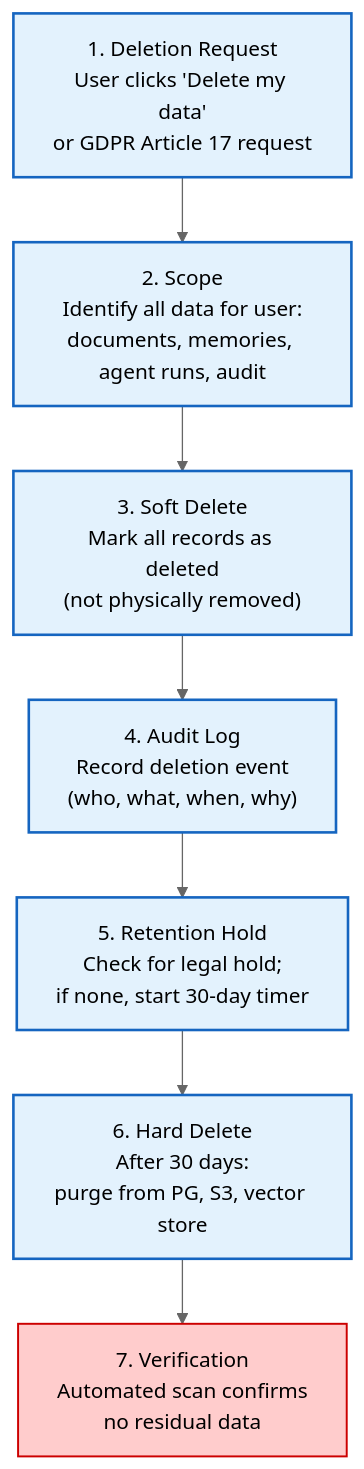
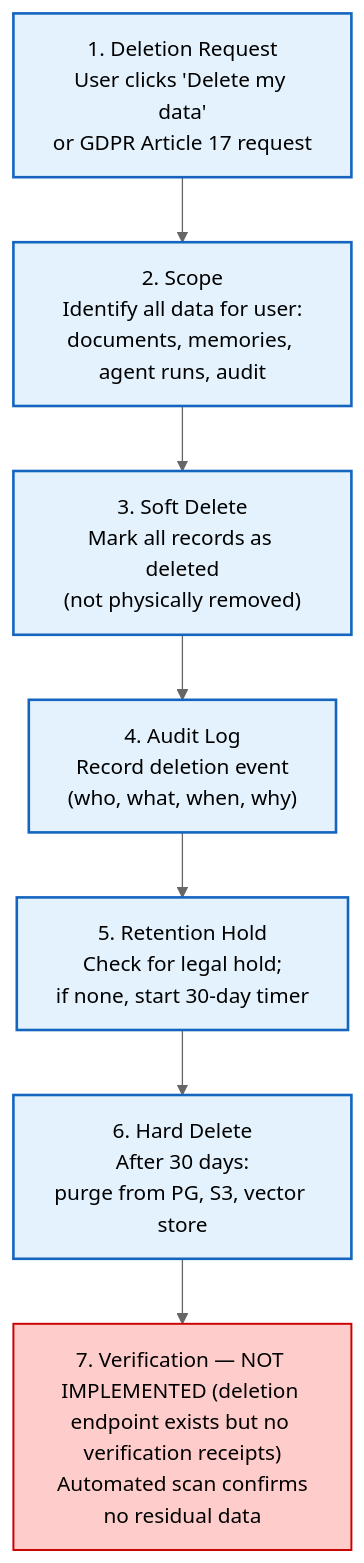
The fifth of 5 diagrams in docs/architecture/Data-Flow.md (Driftloom/Vaeloom), drawn with Mermaid (neutral theme) before and after one commit. The commit also changed other lines of this file and 91 other files, not shown here.

````diff
--- a/docs/architecture/Data-Flow.md
+++ b/docs/architecture/Data-Flow.md
@@ -192,15 +192,15 @@
 ```mermaid
 graph TD
     classDef stage fill:#e3f2fd,stroke:#1565c0,color:#000,stroke-width:2px
     classDef verify fill:#ffcccc,stroke:#cc0000,color:#000,stroke-width:1.5px
 
     REQ["1. Deletion Request<br/>User clicks 'Delete my data'<br/>or GDPR Article 17 request"]:::stage
     SCOPE["2. Scope<br/>Identify all data for user:<br/>documents, memories, agent runs, audit"]:::stage
     SOFT["3. Soft Delete<br/>Mark all records as deleted<br/>(not physically removed)"]:::stage
     AUDIT["4. Audit Log<br/>Record deletion event<br/>(who, what, when, why)"]:::stage
     RETAIN["5. Retention Hold<br/>Check for legal hold;<br/>if none, start 30-day timer"]:::stage
     HARD["6. Hard Delete<br/>After 30 days:<br/>purge from PG, S3, vector store"]:::stage
-    VERIFY["7. Verification<br/>Automated scan confirms<br/>no residual data"]:::verify
+    VERIFY["7. Verification — NOT IMPLEMENTED (deletion endpoint exists but no verification receipts)<br/>Automated scan confirms<br/>no residual data"]:::verify
 
     REQ --> SCOPE --> SOFT --> AUDIT --> RETAIN --> HARD --> VERIFY
 ```
````
